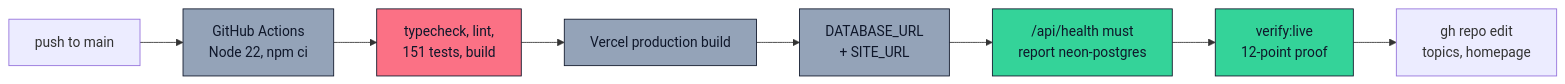
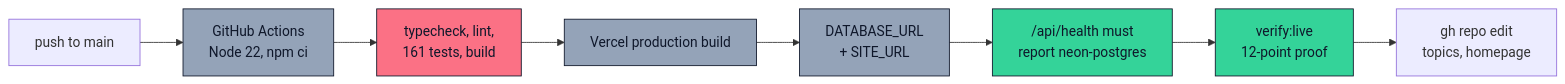
Before and after one commit to aniruddhaadak80/khata: the sixth of 6 diagrams in README.md, drawn with Mermaid. The commit also changed other lines of this file and 4 other files, not shown here.

````diff
--- a/README.md
+++ b/README.md
@@ -537,17 +537,17 @@
 ```mermaid
 flowchart LR
   Push["push to main"] --> CI["GitHub Actions<br/>Node 22, npm ci"]
-  CI --> Gate["typecheck, lint,<br/>151 tests, build"]
+  CI --> Gate["typecheck, lint,<br/>161 tests, build"]
   Gate --> Deploy["Vercel production build"]
   Deploy --> Env["DATABASE_URL<br/>+ SITE_URL"]
   Env --> Health["/api/health must<br/>report neon-postgres"]
   Health --> Verify["verify:live<br/>12-point proof"]
   Verify --> Repo["gh repo edit<br/>topics, homepage"]
 
   classDef infra fill:#94a3b8,stroke:#0f172a,color:#0f172a
   classDef ok fill:#34d399,stroke:#0f172a,color:#0f172a
   classDef risk fill:#fb7185,stroke:#0f172a,color:#0f172a
   class CI,Deploy,Env infra
   class Health,Verify ok
   class Gate risk
 ```
````
